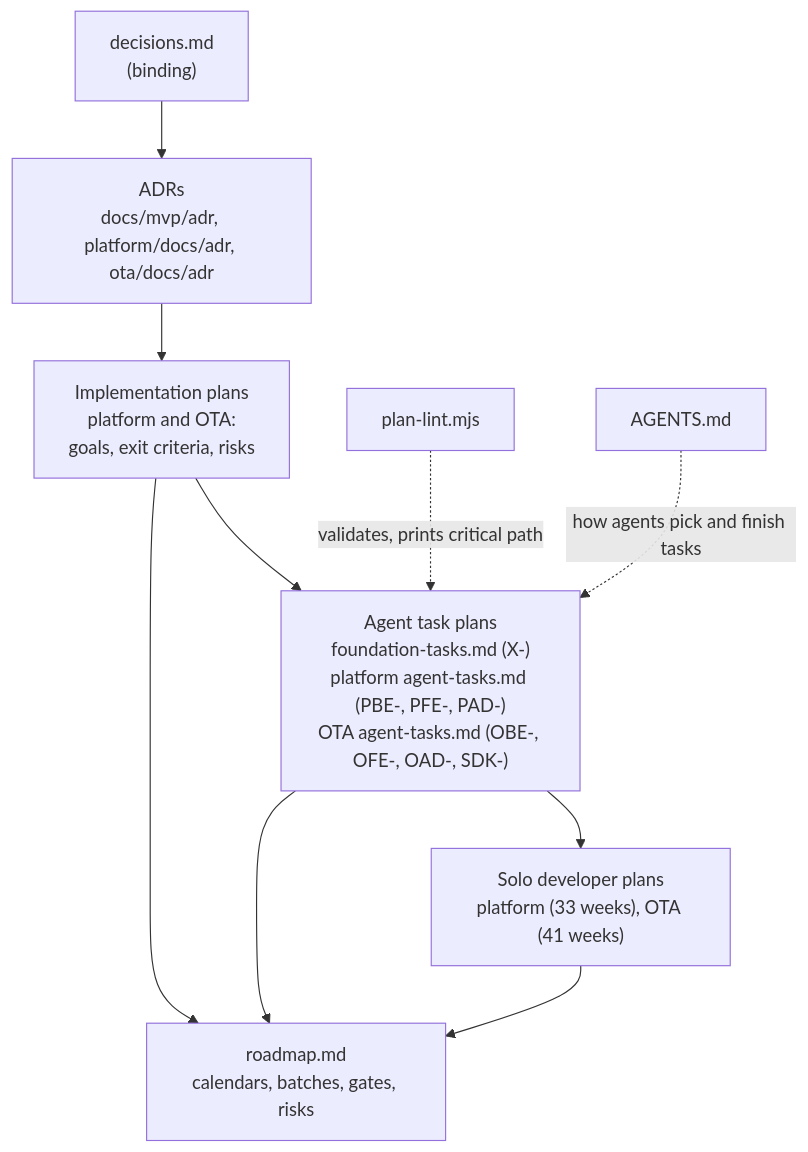
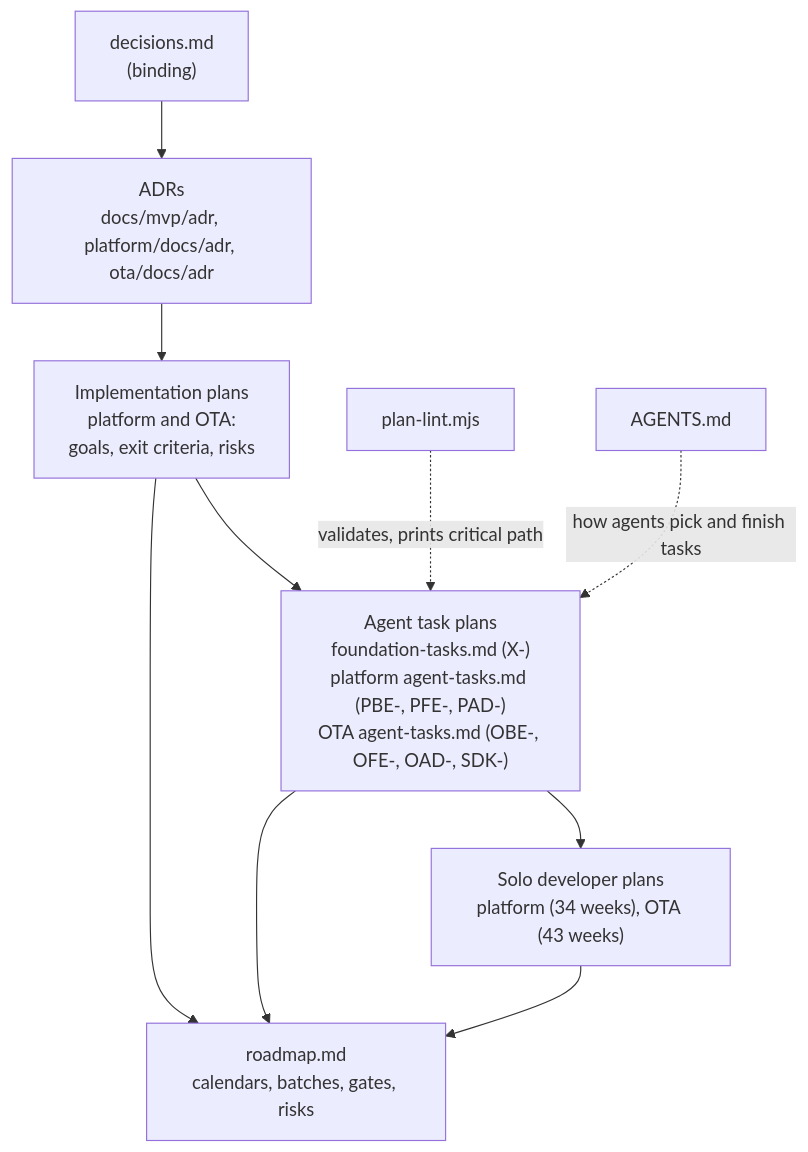
Before and after one commit to bhagwati-prasad/velexis-ota: the diagram in docs/mvp/plans/README.md, drawn with Mermaid. The commit also changed other lines of this file and 33 other files, not shown here.

First line of the commit message:
fix: plan the console setting, reconciliation close and rewrap tasks, re-baseline the roadmap, run E2E before every deploy, and check the SSH source address

````diff
--- a/docs/mvp/plans/README.md
+++ b/docs/mvp/plans/README.md
@@ -22,12 +22,12 @@
 ```mermaid
 flowchart TD
   D["decisions.md<br/>(binding)"] --> A["ADRs<br/>docs/mvp/adr, platform/docs/adr, ota/docs/adr"]
   A --> IP["Implementation plans<br/>platform and OTA:<br/>goals, exit criteria, risks"]
   IP --> AT["Agent task plans<br/>foundation-tasks.md (X-)<br/>platform agent-tasks.md (PBE-, PFE-, PAD-)<br/>OTA agent-tasks.md (OBE-, OFE-, OAD-, SDK-)"]
-  AT --> SP["Solo developer plans<br/>platform (33 weeks), OTA (41 weeks)"]
+  AT --> SP["Solo developer plans<br/>platform (34 weeks), OTA (43 weeks)"]
   AT --> R["roadmap.md<br/>calendars, batches, gates, risks"]
   IP --> R
   SP --> R
   L["plan-lint.mjs"] -. validates, prints critical path .-> AT
   AG["AGENTS.md"] -. how agents pick and finish tasks .-> AT
 ```
````
